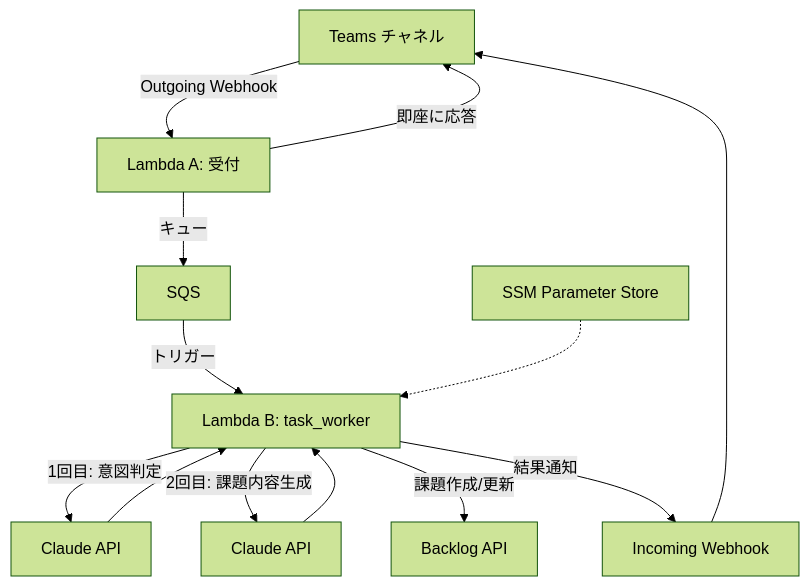
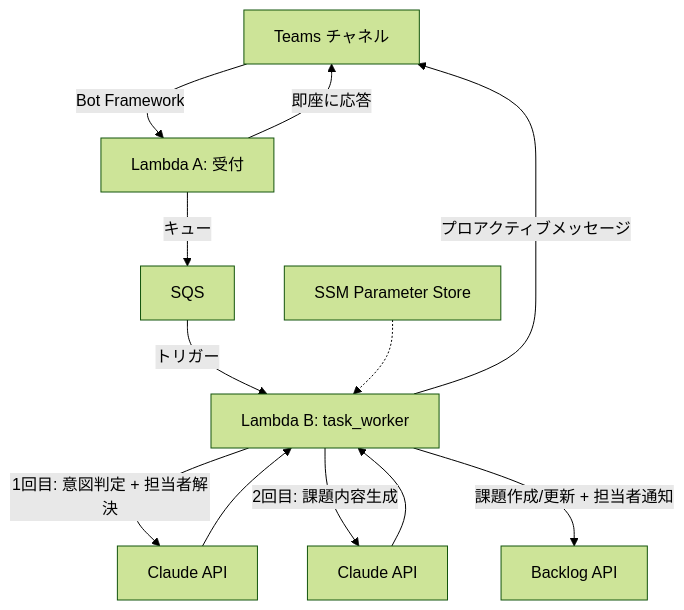
Before and after one commit to nohara-kengo/nct-topal: the first of 5 diagrams in README.md, drawn with Mermaid (forest theme). The commit also changed other lines of this file and 23 other files, not shown here.

````diff
--- a/README.md
+++ b/README.md
@@ -20,15 +20,14 @@
 ```mermaid
 flowchart TD
-    A[Teams チャネル] -->|Outgoing Webhook| B[Lambda A: 受付]
+    A[Teams チャネル] -->|Bot Framework| B[Lambda A: 受付]
     B -->|即座に応答| A
     B -->|キュー| SQS[SQS]
     SQS -->|トリガー| C[Lambda B: task_worker]
-    C -->|1回目: 意図判定| D[Claude API]
+    C -->|1回目: 意図判定 + 担当者解決| D[Claude API]
     D --> C
     C -->|2回目: 課題内容生成| E[Claude API]
     E --> C
-    C -->|課題作成/更新| F[Backlog API]
-    C -->|結果通知| G[Incoming Webhook]
-    G --> A
+    C -->|課題作成/更新 + 担当者通知| F[Backlog API]
+    C -->|プロアクティブメッセージ| A
     SSM[SSM Parameter Store] -.-> C
 ```
````
